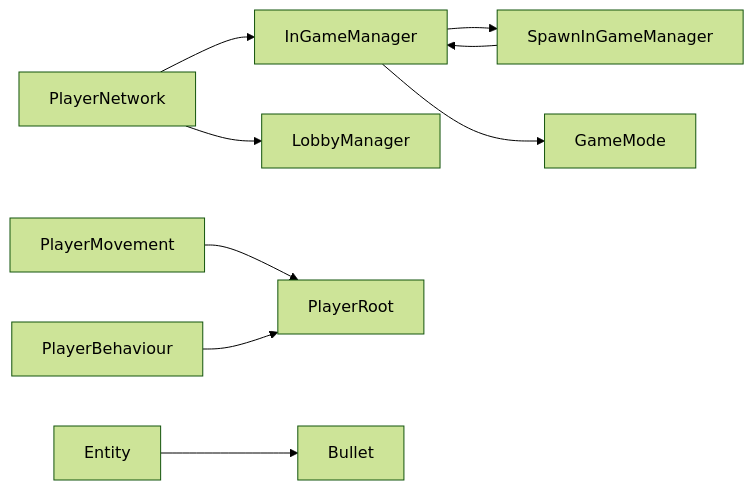
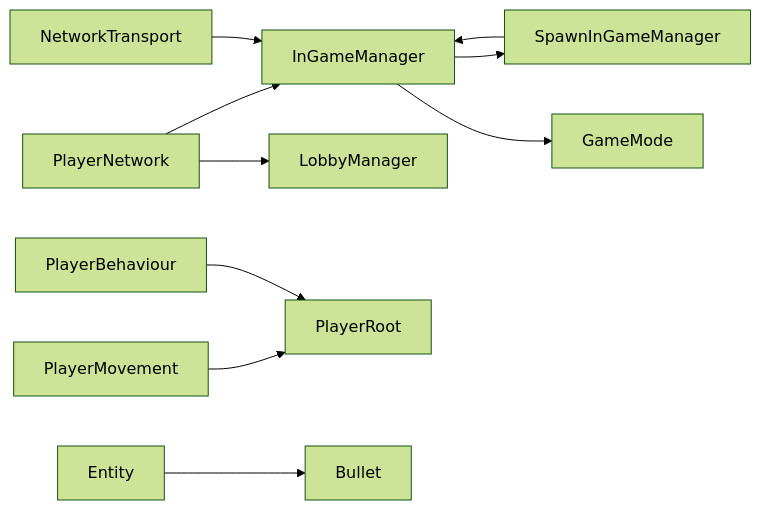
Before and after one commit to kandeng/AI-Controlled-battle-game: the eighth of 8 diagrams in .qoder/repowiki/en/content/Multiplayer System/Networking Architecture/Networking Architecture.md, drawn with Mermaid (forest theme). The commit also changed other lines of this file and 376 other files, not shown here.

````diff
--- a/.qoder/repowiki/en/content/Multiplayer System/Networking Architecture/Networking Architecture.md
+++ b/.qoder/repowiki/en/content/Multiplayer System/Networking Architecture/Networking Architecture.md
@@ -349,11 +401,12 @@
 ```mermaid
 graph LR
 PN["PlayerNetwork"] --> IG["InGameManager"]
 PN --> LM["LobbyManager"]
 PM["PlayerMovement"] --> PR["PlayerRoot"]
 PB["PlayerBehaviour"] --> PR
 EN["Entity"] --> BL["Bullet"]
 IG --> SIM["SpawnInGameManager"]
 IG --> GM["GameMode"]
 SIM --> IG
+NT["NetworkTransport"] --> IG
 ```
````
